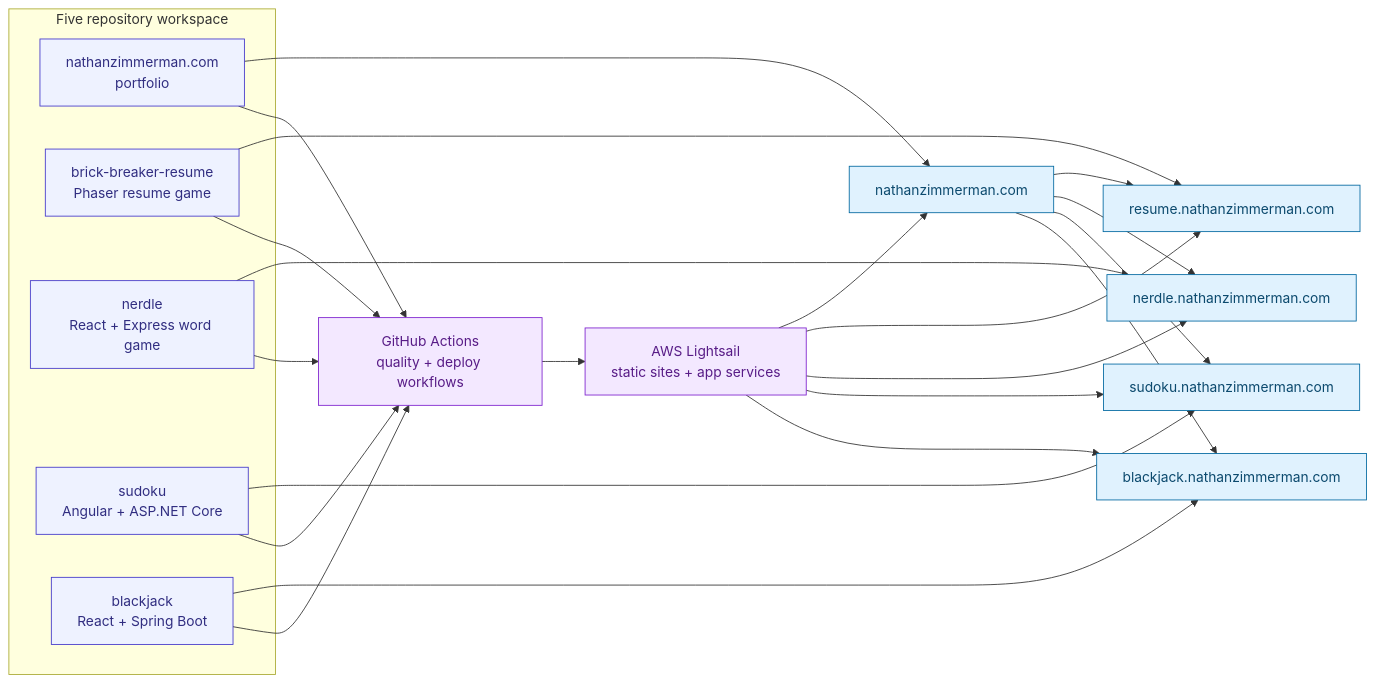
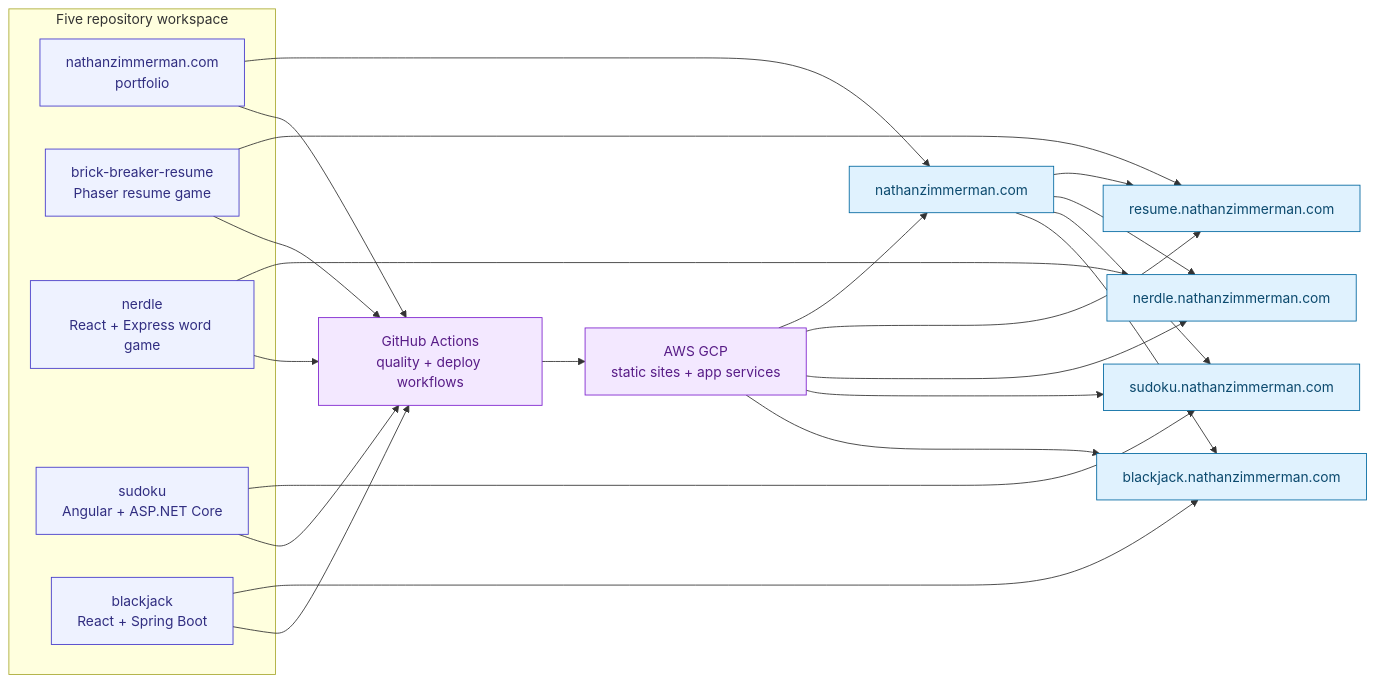
The second of 2 diagrams in docs/architecture.md (natezimm/nerdle), drawn with Mermaid before and after one commit. The commit also changed other lines of this file and 2 other files, not shown here.

Commit message:
chore: replace lightsail references with gcp

````diff
--- a/docs/architecture.md
+++ b/docs/architecture.md
@@ -56,45 +56,45 @@
 ```mermaid
 flowchart LR
   subgraph Workspace["Five repository workspace"]
     PortfolioRepo["nathanzimmerman.com<br/>portfolio"]
     BrickRepo["brick-breaker-resume<br/>Phaser resume game"]
     NerdleRepo["nerdle<br/>React + Express word game"]
     SudokuRepo["sudoku<br/>Angular + ASP.NET Core"]
     BlackjackRepo["blackjack<br/>React + Spring Boot"]
   end
 
   PortfolioRepo --> PortfolioSite["nathanzimmerman.com"]
   BrickRepo --> BrickSite["resume.nathanzimmerman.com"]
   NerdleRepo --> NerdleSite["nerdle.nathanzimmerman.com"]
   SudokuRepo --> SudokuSite["sudoku.nathanzimmerman.com"]
   BlackjackRepo --> BlackjackSite["blackjack.nathanzimmerman.com"]
 
   PortfolioSite --> BrickSite
   PortfolioSite --> NerdleSite
   PortfolioSite --> SudokuSite
   PortfolioSite --> BlackjackSite
 
   PortfolioRepo --> Actions["GitHub Actions<br/>quality + deploy workflows"]
   BrickRepo --> Actions
   NerdleRepo --> Actions
   SudokuRepo --> Actions
   BlackjackRepo --> Actions
-  Actions --> Lightsail["AWS Lightsail<br/>static sites + app services"]
-  Lightsail --> PortfolioSite
-  Lightsail --> BrickSite
-  Lightsail --> NerdleSite
-  Lightsail --> SudokuSite
-  Lightsail --> BlackjackSite
+  Actions --> GCP["AWS GCP<br/>static sites + app services"]
+  GCP --> PortfolioSite
+  GCP --> BrickSite
+  GCP --> NerdleSite
+  GCP --> SudokuSite
+  GCP --> BlackjackSite
 
   classDef user fill:#f8fafc,stroke:#475569,color:#0f172a
   classDef site fill:#e0f2fe,stroke:#0369a1,color:#0c4a6e
   classDef server fill:#ffedd5,stroke:#c2410c,color:#7c2d12
   classDef repo fill:#eef2ff,stroke:#4338ca,color:#312e81
   classDef client fill:#dcfce7,stroke:#15803d,color:#14532d
   classDef data fill:#fef3c7,stroke:#b45309,color:#78350f
   classDef delivery fill:#f3e8ff,stroke:#7e22ce,color:#581c87
   classDef external fill:#fee2e2,stroke:#b91c1c,color:#7f1d1d
   class PortfolioRepo,BrickRepo,NerdleRepo,SudokuRepo,BlackjackRepo repo
   class PortfolioSite,BrickSite,NerdleSite,SudokuSite,BlackjackSite site
-  class Actions,Lightsail delivery
+  class Actions,GCP delivery
 ```
````
